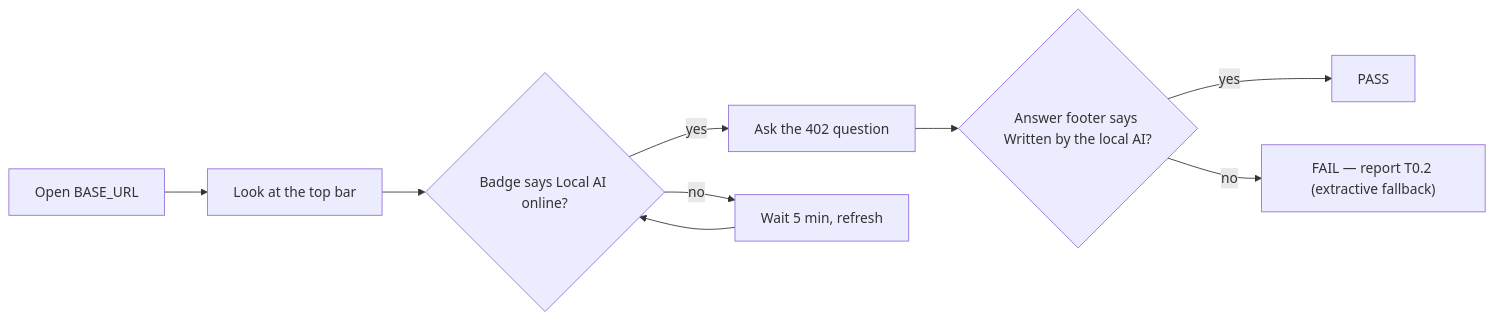
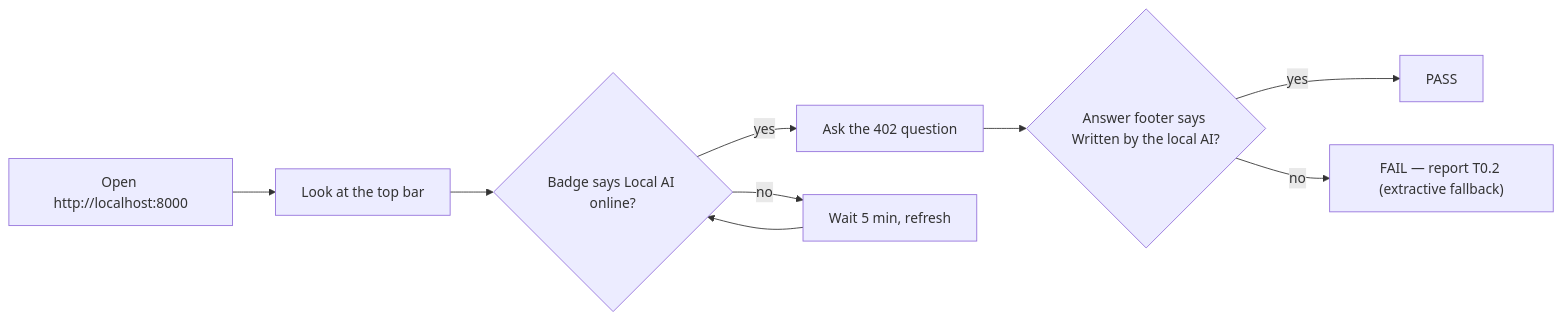
One commit to DeepxD-code/LeadDesk changed the third of 39 diagrams in docs/TESTER_GUIDE.md. Above: the diagram before and after it, drawn with Mermaid. The commit also changed other lines of this file and 1 other file, not shown here.

````diff
--- a/docs/TESTER_GUIDE.md
+++ b/docs/TESTER_GUIDE.md
@@ -237,11 +179,11 @@
 ```mermaid
 flowchart LR
-  A["Open BASE_URL"] --> B["Look at the top bar"]
+  A["Open http://localhost:8000"] --> B["Look at the top bar"]
   B --> C{"Badge says Local AI online?"}
   C -->|yes| D["Ask the 402 question"]
   D --> E{"Answer footer says Written by the local AI?"}
   E -->|yes| P[PASS]
   E -->|no| X["FAIL — report T0.2 (extractive fallback)"]
   C -->|no| W["Wait 5 min, refresh"]
   W --> C
 ```
````
